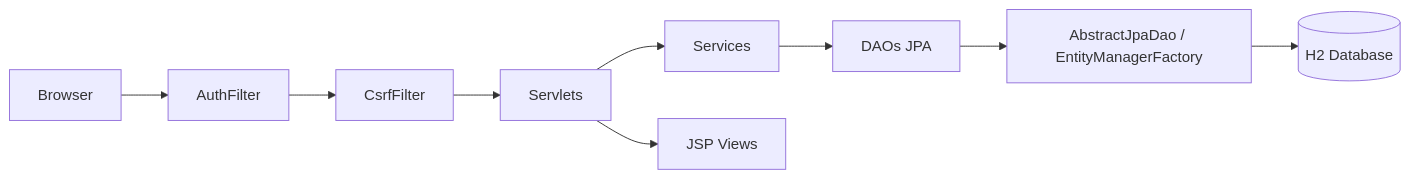
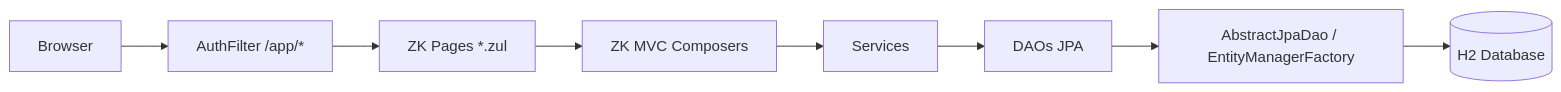
Before and after one commit to KrystianYCSilva/min-java6-webapp: the diagram in docs/ARCHITECTURE.md, drawn with Mermaid. The commit also changed other lines of this file and 72 other files, not shown here.

````diff
--- a/docs/ARCHITECTURE.md
+++ b/docs/ARCHITECTURE.md
@@ -25,11 +25,10 @@
 ```mermaid
 flowchart LR
-    A[Browser] --> B[AuthFilter]
-    B --> C[CsrfFilter]
-    C --> D[Servlets]
+    A[Browser] --> B[AuthFilter /app/*]
+    B --> C[ZK Pages *.zul]
+    C --> D[ZK MVC Composers]
     D --> E[Services]
     E --> F[DAOs JPA]
-    F --> I[AbstractJpaDao / EntityManagerFactory]
-    I --> G[(H2 Database)]
-    D --> H[JSP Views]
+    F --> G[AbstractJpaDao / EntityManagerFactory]
+    G --> H[(H2 Database)]
 ```
````
